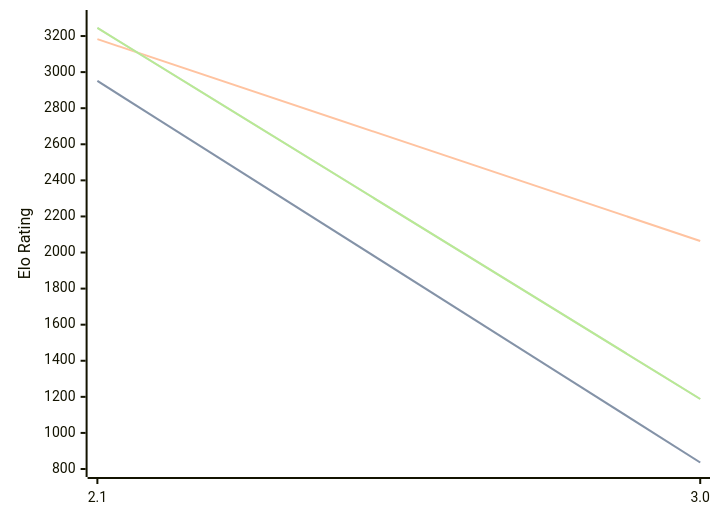
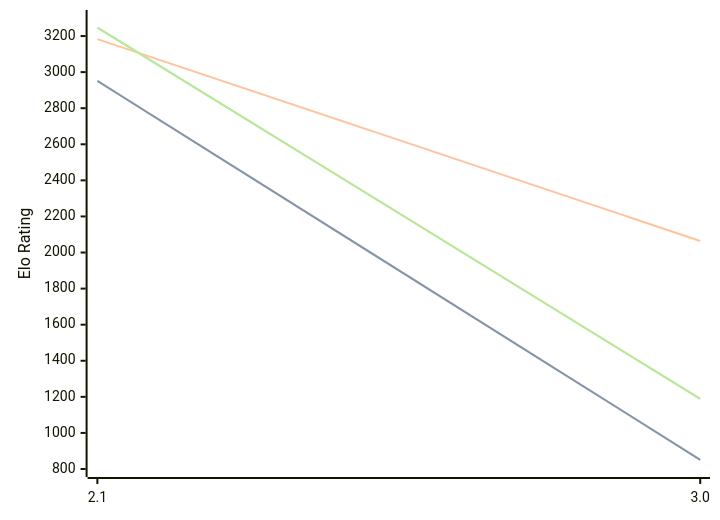
One commit to computer-chess-index/cci changed the diagram in engines/Quirky.md. Above: the diagram before and after it, drawn with Mermaid. The commit also changed other lines of this file, not shown here.

Commit message:
Update CCI Ratings (ELO VLTC) - 2026-08-19

````diff
--- a/engines/Quirky.md
+++ b/engines/Quirky.md
@@ -32,11 +32,11 @@
 ```mermaid
 %%{init: {"theme":"base","themeVariables":{"seriesColors:['#a3a3a3','#222221','#faa371']}}}%%
 xychart-beta
   x-axis ["2.1", "3.0"]
   y-axis "Elo Rating" 800 --> 3300
-  line "STC (8.0+0.08s)" [2951, 836]
-  line "STC (8.0+0.08s)" [2951, 836]
+  line "STC (8.0+0.08s)" [2951, 851]
+  line "STC (8.0+0.08s)" [2951, 851]
   line "LTC (60.0+0.60s)" [3183, 2064]
-  line "VLTC (2m24s+1.12s)" [3245, 1188]
-  line "VLTC (2m24s+1.12s)" [3245, 1188]
+  line "VLTC (2m24s+1.12s)" [3247, 1189]
+  line "VLTC (2m24s+1.12s)" [3247, 1189]
 ```
````
